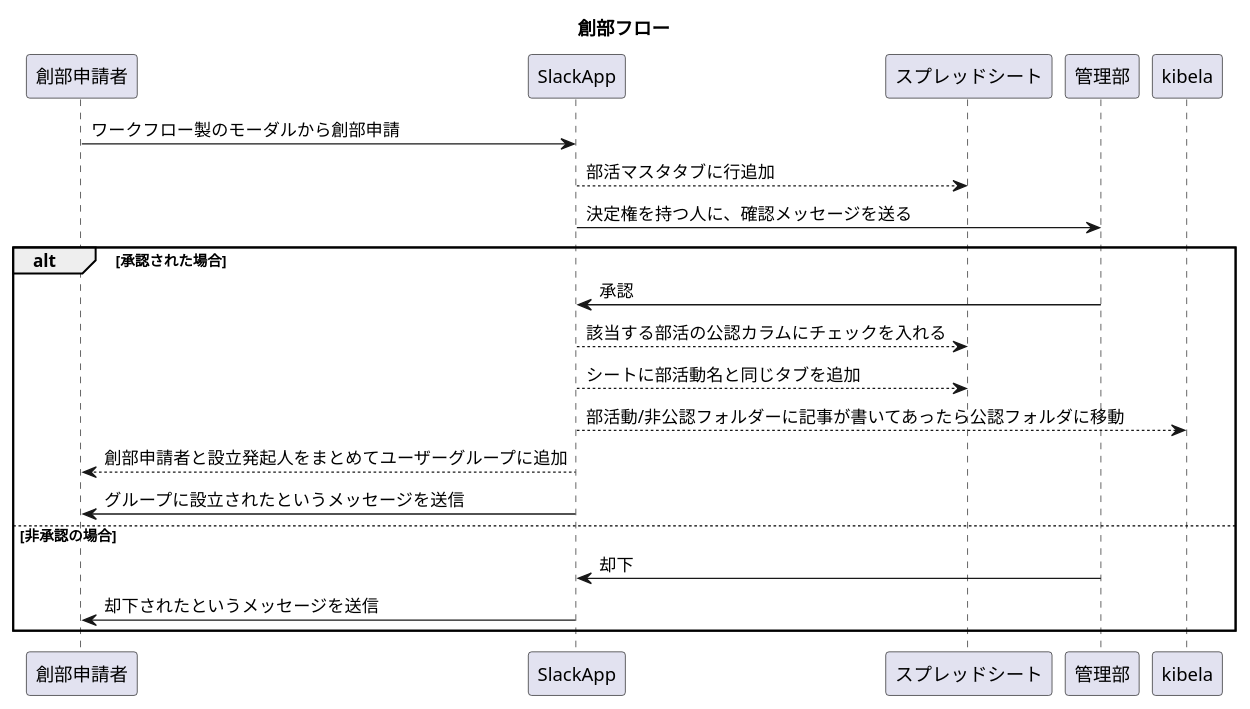
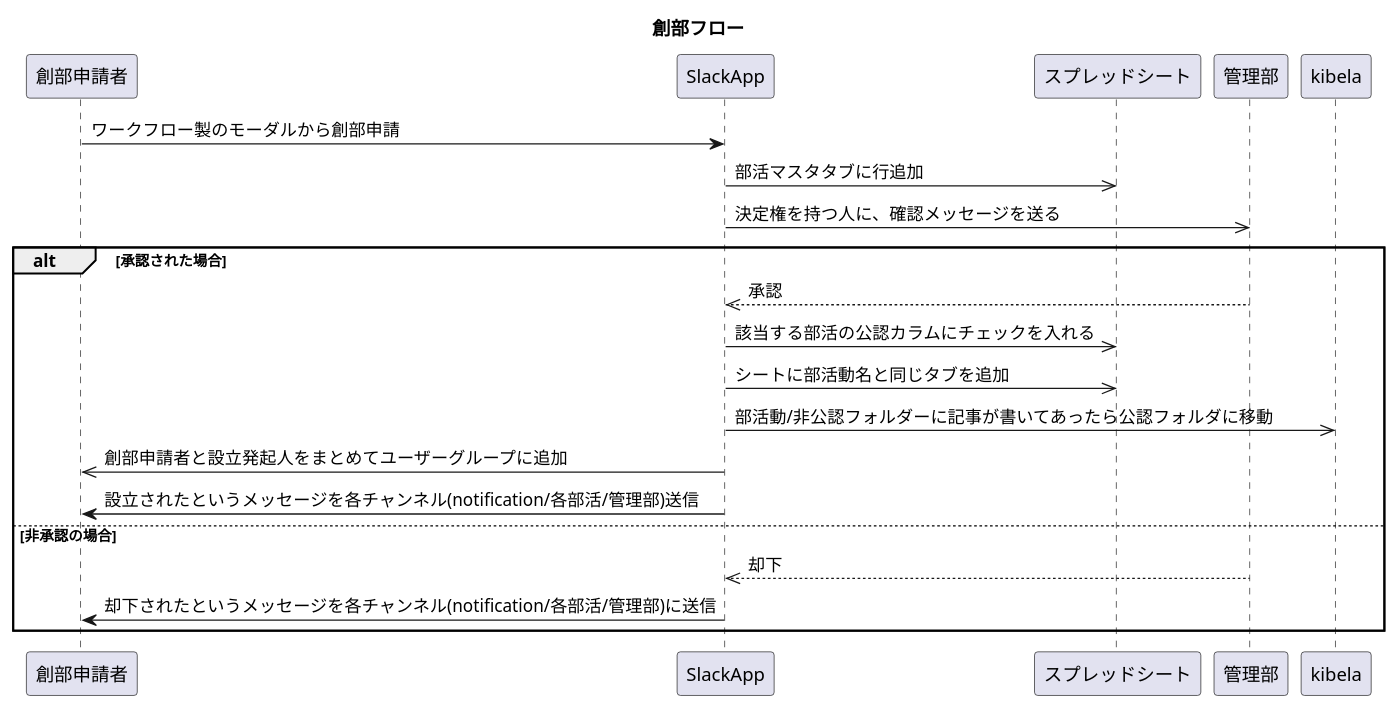
One commit to tam-bourine/club-entry-manager changed the diagram in docs/sequence-diagram/CreateClub.pu. Above: the diagram before and after it, drawn with PlantUML.

Commit message:
fix: async flow, resolved flow

```diff
--- a/docs/sequence-diagram/CreateClub.pu
+++ b/docs/sequence-diagram/CreateClub.pu
@@ -1,19 +1,19 @@
 @startuml
 title 創部フロー
 創部申請者 -> SlackApp: ワークフロー製のモーダルから創部申請
-SlackApp --> スプレッドシート: 部活マスタタブに行追加
-SlackApp -> 管理部: 決定権を持つ人に、確認メッセージを送る
+SlackApp ->> スプレッドシート: 部活マスタタブに行追加
+SlackApp ->> 管理部: 決定権を持つ人に、確認メッセージを送る
 
 alt 承認された場合
-    管理部 -> SlackApp: 承認
-    SlackApp --> スプレッドシート: 該当する部活の公認カラムにチェックを入れる
-    SlackApp --> スプレッドシート: シートに部活動名と同じタブを追加
-    SlackApp --> kibela: 部活動/非公認フォルダーに記事が書いてあったら公認フォルダに移動
-    SlackApp --> 創部申請者: 創部申請者と設立発起人をまとめてユーザーグループに追加
-    SlackApp -> 創部申請者: グループに設立されたというメッセージを送信
+    管理部 -->> SlackApp: 承認
+    SlackApp ->> スプレッドシート: 該当する部活の公認カラムにチェックを入れる
+    SlackApp ->> スプレッドシート: シートに部活動名と同じタブを追加
+    SlackApp ->> kibela: 部活動/非公認フォルダーに記事が書いてあったら公認フォルダに移動
+    SlackApp ->> 創部申請者: 創部申請者と設立発起人をまとめてユーザーグループに追加
+    SlackApp -> 創部申請者: 設立されたというメッセージを各チャンネル(notification/各部活/管理部)送信
 else 非承認の場合
-    管理部 -> SlackApp: 却下
-    SlackApp -> 創部申請者: 却下されたというメッセージを送信
+    管理部 -->> SlackApp: 却下
+    SlackApp -> 創部申請者: 却下されたというメッセージを各チャンネル(notification/各部活/管理部)に送信
 end
 
 @enduml
```
